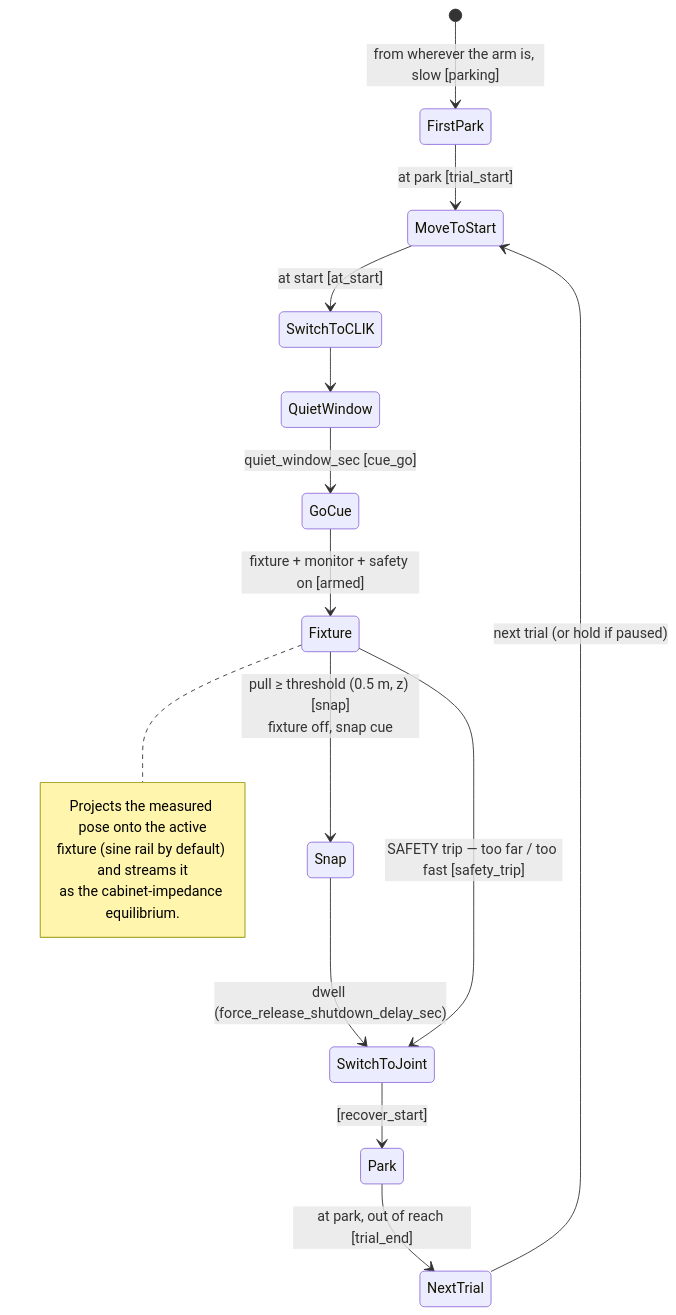
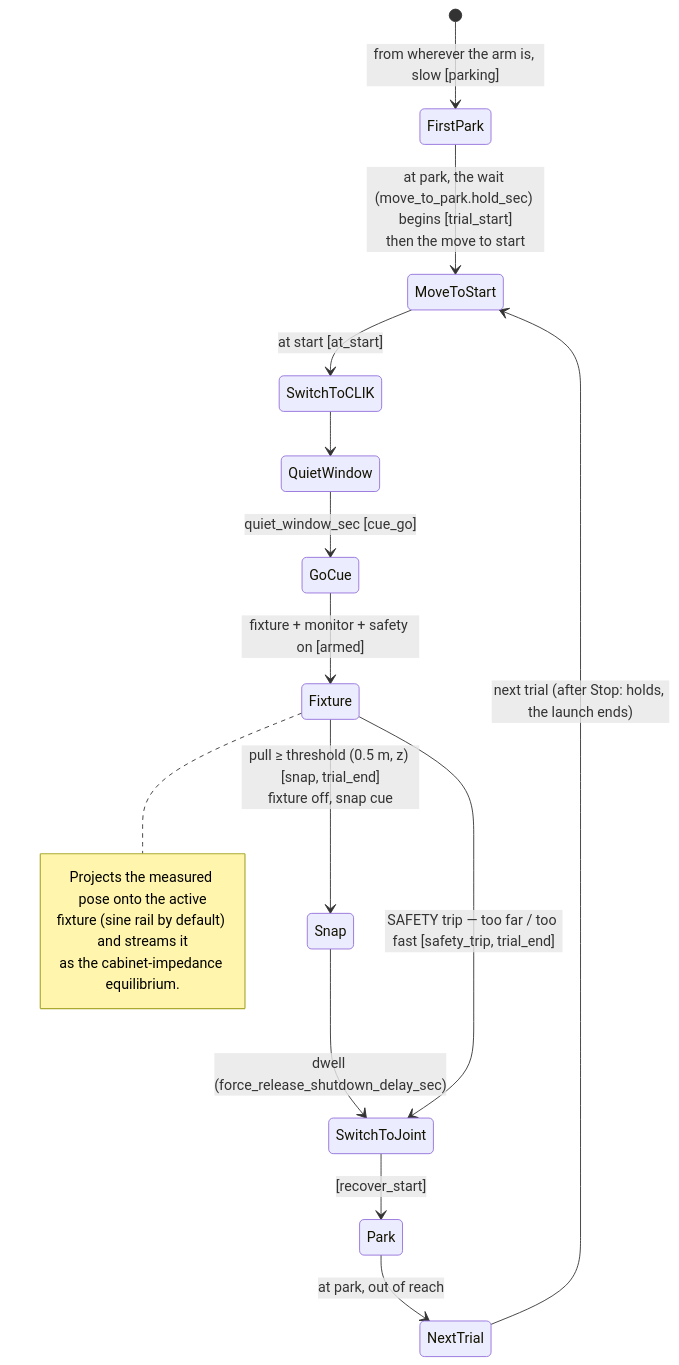
The fifth of 9 diagrams in README.md (sinthlab/sinthlab-kuka-stack), drawn with Mermaid before and after one commit. The commit also changed other lines of this file and 20 other files, not shown here.

Commit message:
change nsp sync trial start end

````diff
--- a/README.md
+++ b/README.md
@@ -1939,20 +1927,20 @@
 ```mermaid
 stateDiagram-v2
     [*] --> FirstPark : from wherever the arm is, slow [parking]
-    FirstPark --> MoveToStart : at park [trial_start]
+    FirstPark --> MoveToStart : at park, the wait (move_to_park.hold_sec) begins [trial_start]<br/>then the move to start
     MoveToStart --> SwitchToCLIK : at start [at_start]
     SwitchToCLIK --> QuietWindow
     QuietWindow --> GoCue : quiet_window_sec [cue_go]
     GoCue --> Fixture : fixture + monitor + safety on [armed]
     note right of Fixture
       Projects the measured pose onto the active
       fixture (sine rail by default) and streams it
       as the cabinet-impedance equilibrium.
     end note
-    Fixture --> Snap : pull ≥ threshold (0.5 m, z) [snap]<br/>fixture off, snap cue
+    Fixture --> Snap : pull ≥ threshold (0.5 m, z) [snap, trial_end]<br/>fixture off, snap cue
     Snap --> SwitchToJoint : dwell (force_release_shutdown_delay_sec)
-    Fixture --> SwitchToJoint : SAFETY trip — too far / too fast [safety_trip]
+    Fixture --> SwitchToJoint : SAFETY trip — too far / too fast [safety_trip, trial_end]
     SwitchToJoint --> Park : [recover_start]
-    Park --> NextTrial : at park, out of reach [trial_end]
-    NextTrial --> MoveToStart : next trial (or hold if paused)
+    Park --> NextTrial : at park, out of reach
+    NextTrial --> MoveToStart : next trial (after Stop: holds, the launch ends)
 ```
````
